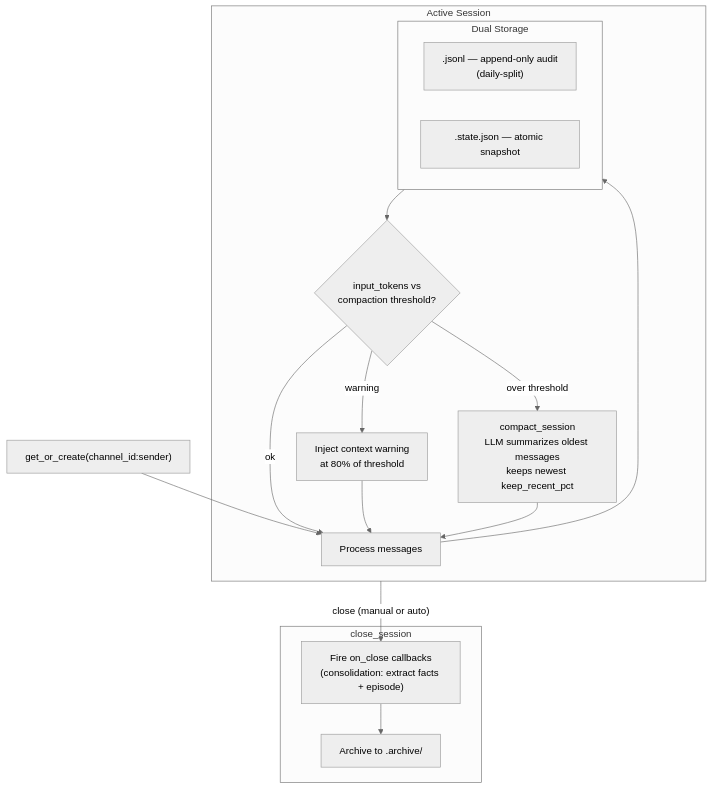
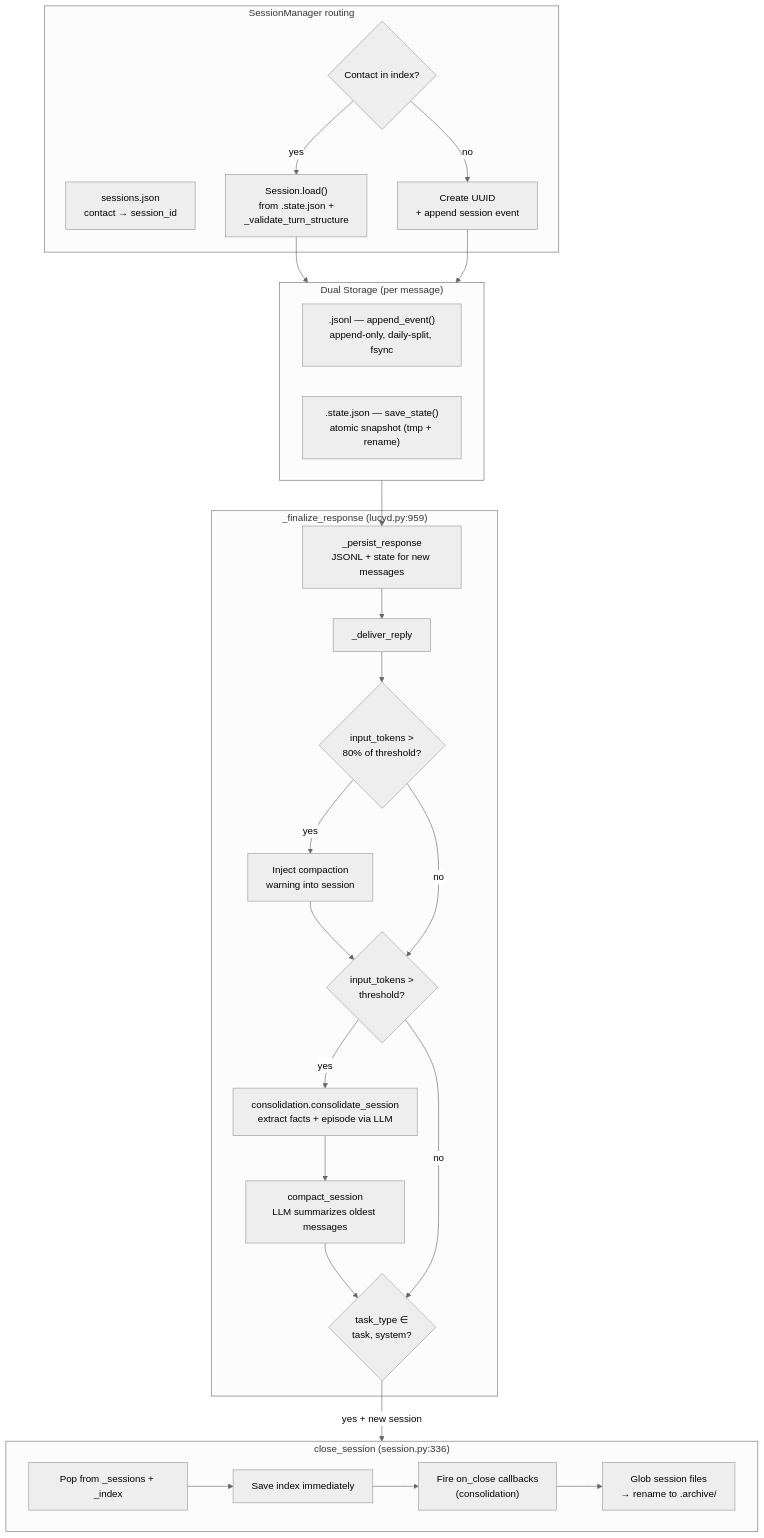
Before and after one commit to nicolasforstinger/lucyd: the sixth of 10 diagrams in docs/diagrams.md, drawn with Mermaid (neutral theme). The commit also changed other lines of this file and 18 other files, not shown here.

````diff
--- a/docs/diagrams.md
+++ b/docs/diagrams.md
@@ -214,28 +403,44 @@
 ```mermaid
 flowchart TD
-    CREATE["get_or_create(channel_id:sender)"]
-
-    subgraph Active["Active Session"]
-        MSG["Process messages"]
-
-        subgraph Storage["Dual Storage"]
-            JSONL[".jsonl — append-only audit<br/>(daily-split)"]
-            STATE[".state.json — atomic snapshot"]
-        end
-
-        CHECK{"input_tokens vs<br/>compaction threshold?"}
-        WARN["Inject context warning<br/>at 80% of threshold"]
-        COMPACT["compact_session<br/>LLM summarizes oldest messages<br/>keeps newest keep_recent_pct"]
+    subgraph Routing["SessionManager routing"]
+        INDEX["sessions.json<br/>contact → session_id"]
+        LOOKUP{"Contact in index?"}
+        LOAD["Session.load()<br/>from .state.json +<br/>_validate_turn_structure"]
+        NEW["Create UUID<br/>+ append session event"]
     end
 
-    subgraph Close["close_session"]
-        CALLBACKS["Fire on_close callbacks<br/>(consolidation: extract facts + episode)"]
-        ARCHIVE["Archive to .archive/"]
+    subgraph Storage["Dual Storage (per message)"]
+        JSONL[".jsonl — append_event()<br/>append-only, daily-split, fsync"]
+        STATE[".state.json — save_state()<br/>atomic snapshot (tmp + rename)"]
     end
 
-    CREATE --> MSG --> Storage --> CHECK
-    CHECK -->|ok| MSG
-    CHECK -->|warning| WARN --> MSG
-    CHECK -->|over threshold| COMPACT --> MSG
-    Active -->|"close (manual or auto)"| CALLBACKS --> ARCHIVE
+    subgraph Finalize["_finalize_response (lucyd.py:959)"]
+        PERSIST["_persist_response<br/>JSONL + state for new messages"]
+        DELIVER["_deliver_reply"]
+        WARN_CHECK{"input_tokens ><br/>80% of threshold?"}
+        WARN["Inject compaction<br/>warning into session"]
+        COMPACT_CHECK{"input_tokens ><br/>threshold?"}
+        CONSOLIDATE["consolidation.consolidate_session<br/>extract facts + episode via LLM"]
+        COMPACT["compact_session<br/>LLM summarizes oldest messages"]
+        AUTOCLOSE{"task_type ∈<br/>task, system?"}
+    end
+
+    subgraph Close["close_session (session.py:336)"]
+        POP["Pop from _sessions + _index"]
+        SAVE_IDX["Save index immediately"]
+        CALLBACKS["Fire on_close callbacks<br/>(consolidation)"]
+        ARCHIVE["Glob session files<br/>→ rename to .archive/"]
+    end
+
+    LOOKUP -->|yes| LOAD
+    LOOKUP -->|no| NEW
+    LOAD --> Storage
+    NEW --> Storage
+    Storage --> PERSIST --> DELIVER --> WARN_CHECK
+    WARN_CHECK -->|yes| WARN --> COMPACT_CHECK
+    WARN_CHECK -->|no| COMPACT_CHECK
+    COMPACT_CHECK -->|yes| CONSOLIDATE --> COMPACT --> AUTOCLOSE
+    COMPACT_CHECK -->|no| AUTOCLOSE
+    AUTOCLOSE -->|"yes + new session"| Close
+    POP --> SAVE_IDX --> CALLBACKS --> ARCHIVE
 ```
````
